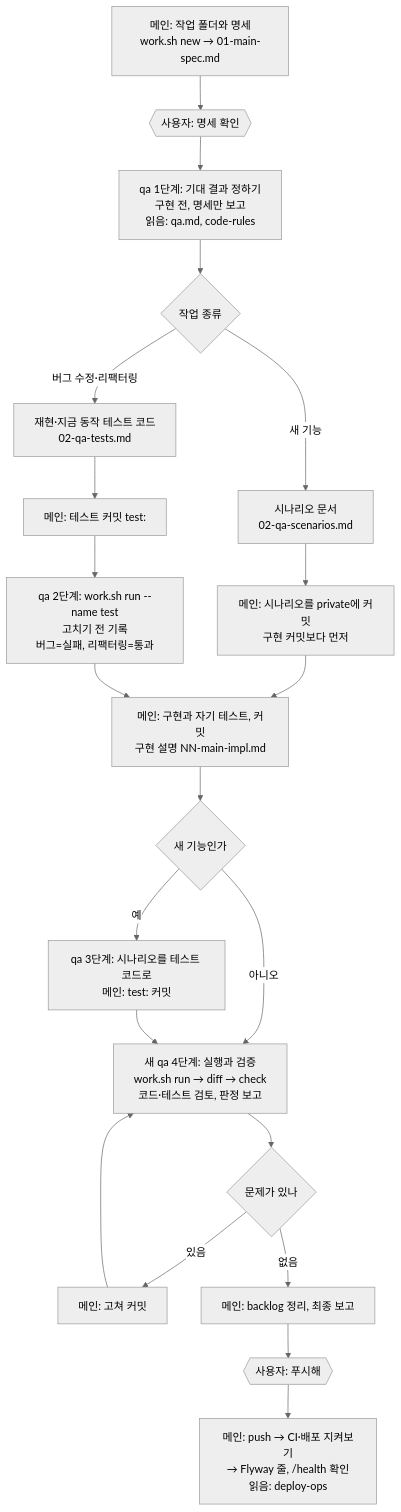
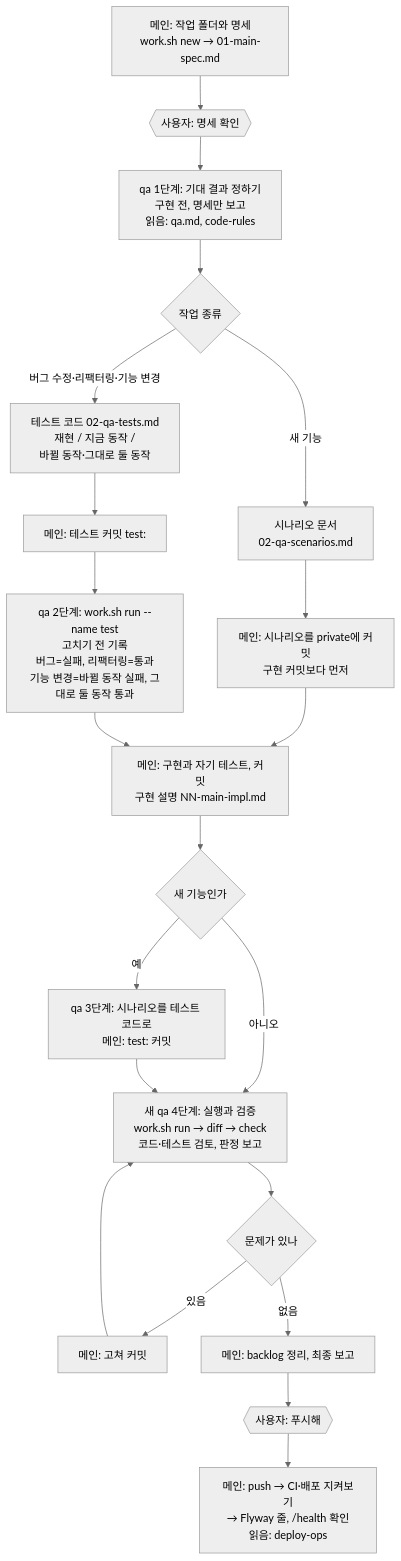
Before and after one commit to gyugyu1/writeLoop: the second of 4 diagrams in docs/guides/claude-work-process.ko.md, drawn with Mermaid (neutral theme). The commit also changed other lines of this file and 4 other files, not shown here.

````diff
--- a/docs/guides/claude-work-process.ko.md
+++ b/docs/guides/claude-work-process.ko.md
@@ -43,23 +44,23 @@
 ```mermaid
 flowchart TD
     S1["메인: 작업 폴더와 명세<br/>work.sh new → 01-main-spec.md"] --> U1{{"사용자: 명세 확인"}}
     U1 --> Q1["qa 1단계: 기대 결과 정하기<br/>구현 전, 명세만 보고<br/>읽음: qa.md, code-rules"]
     Q1 --> KIND{작업 종류}
     KIND -->|새 기능| NF1["시나리오 문서<br/>02-qa-scenarios.md"]
-    KIND -->|버그 수정·리팩터링| BF1["재현·지금 동작 테스트 코드<br/>02-qa-tests.md"]
+    KIND -->|버그 수정·리팩터링·기능 변경| BF1["테스트 코드 02-qa-tests.md<br/>재현 / 지금 동작 /<br/>바뀔 동작·그대로 둘 동작"]
     NF1 --> NF2["메인: 시나리오를 private에 커밋<br/>구현 커밋보다 먼저"]
     NF2 --> IMPL
     BF1 --> BF2["메인: 테스트 커밋 test:"]
-    BF2 --> BF3["qa 2단계: work.sh run --name test<br/>고치기 전 기록<br/>버그=실패, 리팩터링=통과"]
+    BF2 --> BF3["qa 2단계: work.sh run --name test<br/>고치기 전 기록<br/>버그=실패, 리팩터링=통과<br/>기능 변경=바뀔 동작 실패, 그대로 둘 동작 통과"]
     BF3 --> IMPL["메인: 구현과 자기 테스트, 커밋<br/>구현 설명 NN-main-impl.md"]
     IMPL --> NEW{새 기능인가}
     NEW -->|예| Q3["qa 3단계: 시나리오를 테스트 코드로<br/>메인: test: 커밋"]
     NEW -->|아니오| Q4
     Q3 --> Q4["새 qa 4단계: 실행과 검증<br/>work.sh run → diff → check<br/>코드·테스트 검토, 판정 보고"]
     Q4 --> RES{문제가 있나}
     RES -->|있음| FIX["메인: 고쳐 커밋"]
     FIX --> Q4
     RES -->|없음| REP["메인: backlog 정리, 최종 보고"]
     REP --> PUSH{{"사용자: 푸시해"}}
     PUSH --> DEP["메인: push → CI·배포 지켜보기<br/>→ Flyway 줄, /health 확인<br/>읽음: deploy-ops"]
 ```
````
